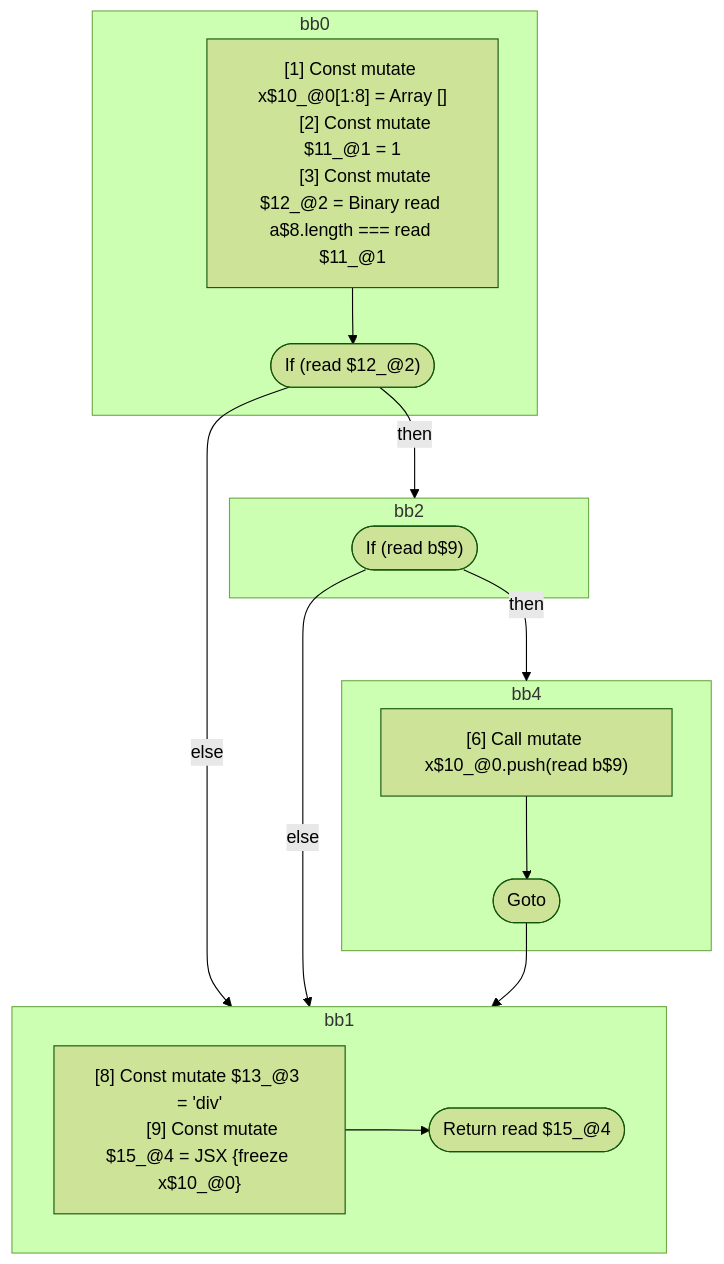
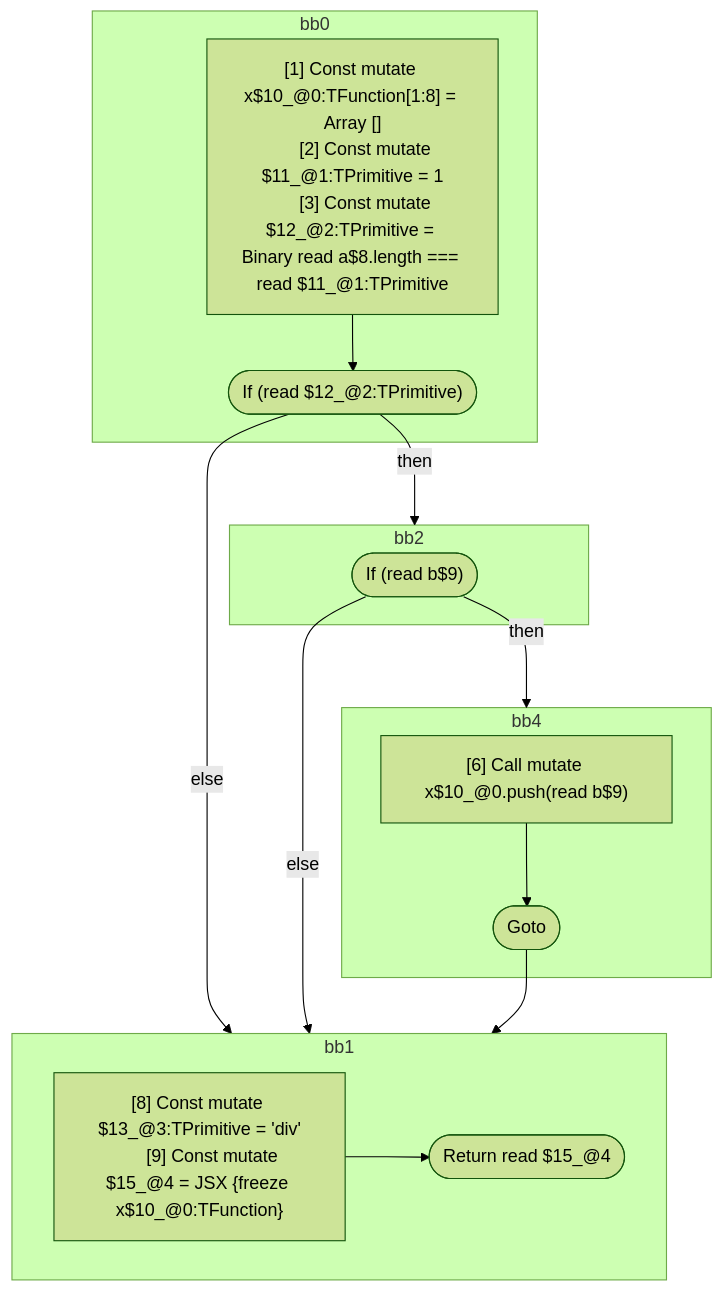
The diagram in compiler/forget/src/__tests__/fixtures/hir/reactive-scopes.expect.md (wutsmog/private), drawn with Mermaid (forest theme) before and after one commit. The commit also changed other lines of this file and 112 other files, not shown here.

````diff
--- a/compiler/forget/src/__tests__/fixtures/hir/reactive-scopes.expect.md
+++ b/compiler/forget/src/__tests__/fixtures/hir/reactive-scopes.expect.md
@@ -77,36 +77,36 @@
 ```mermaid
 flowchart TB
   %% Basic Blocks
   subgraph bb0
     bb0_instrs["
-      [1] Const mutate x$10_@0[1:8] = Array []
-      [2] Const mutate $11_@1 = 1
-      [3] Const mutate $12_@2 = Binary read a$8.length === read $11_@1
+      [1] Const mutate x$10_@0:TFunction[1:8] = Array []
+      [2] Const mutate $11_@1:TPrimitive = 1
+      [3] Const mutate $12_@2:TPrimitive = Binary read a$8.length === read $11_@1:TPrimitive
     "]
-    bb0_instrs --> bb0_terminal(["If (read $12_@2)"])
+    bb0_instrs --> bb0_terminal(["If (read $12_@2:TPrimitive)"])
   end
   subgraph bb2
     bb2_terminal(["If (read b$9)"])
   end
   subgraph bb4
     bb4_instrs["
       [6] Call mutate x$10_@0.push(read b$9)
     "]
     bb4_instrs --> bb4_terminal(["Goto"])
   end
   subgraph bb1
     bb1_instrs["
-      [8] Const mutate $13_@3 = 'div'
-      [9] Const mutate $15_@4 = JSX <read $13_@3>{freeze x$10_@0}</read $13_@3>
+      [8] Const mutate $13_@3:TPrimitive = 'div'
+      [9] Const mutate $15_@4 = JSX <read $13_@3:TPrimitive>{freeze x$10_@0:TFunction}</read $13_@3:TPrimitive>
     "]
     bb1_instrs --> bb1_terminal(["Return read $15_@4"])
   end
 
   %% Jumps
   bb0_terminal -- "then" --> bb2
   bb0_terminal -- "else" --> bb1
   bb2_terminal -- "then" --> bb4
   bb2_terminal -- "else" --> bb1
   bb4_terminal --> bb1
 
 ```
````
